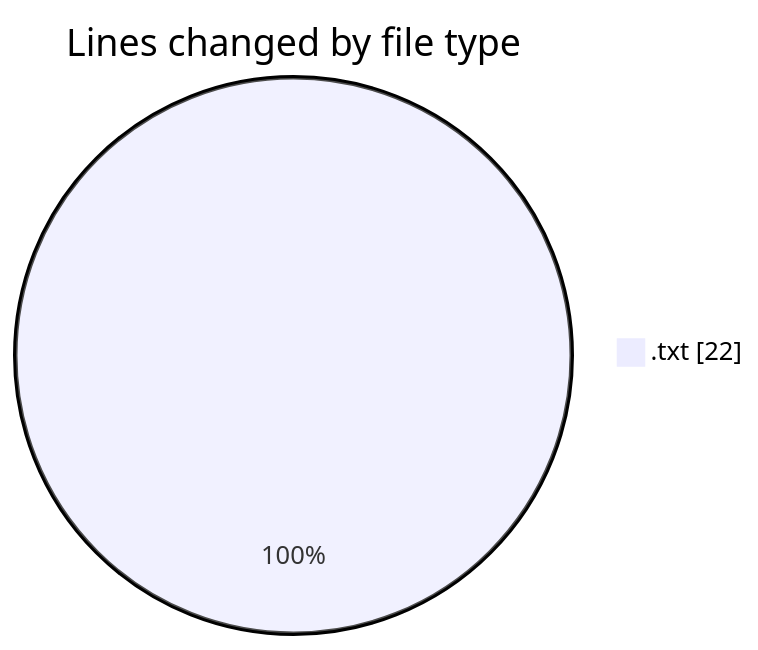
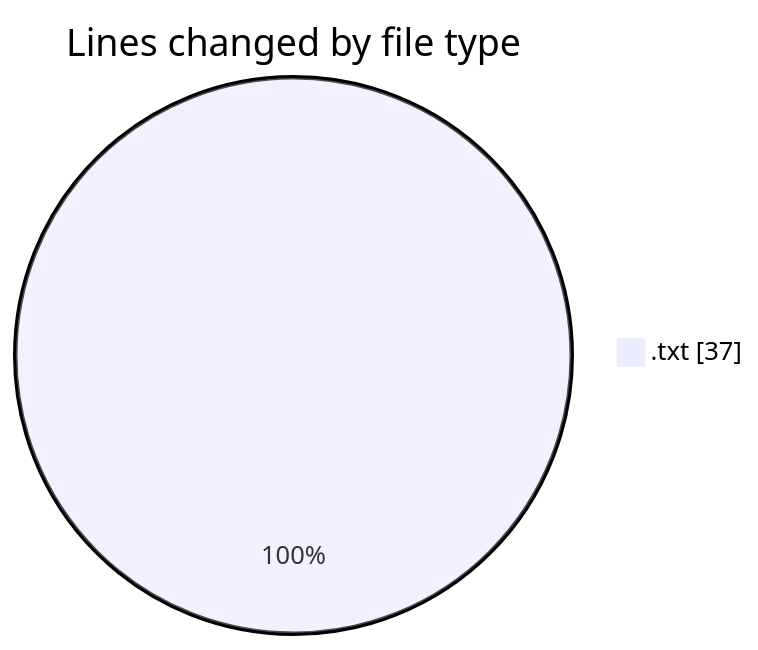
Before and after one commit to lephambinh05/code-tracking: the first of 2 diagrams in 2025-09-16/datanv/README.md, drawn with Mermaid. The commit also changed other lines of this file and 1 other file, not shown here.

````diff
--- a/2025-09-16/datanv/README.md
+++ b/2025-09-16/datanv/README.md
@@ -20,5 +20,5 @@
 ```mermaid
 pie showData
 title Lines changed by file type
-".txt" : 22
+".txt" : 37
 ```
````
